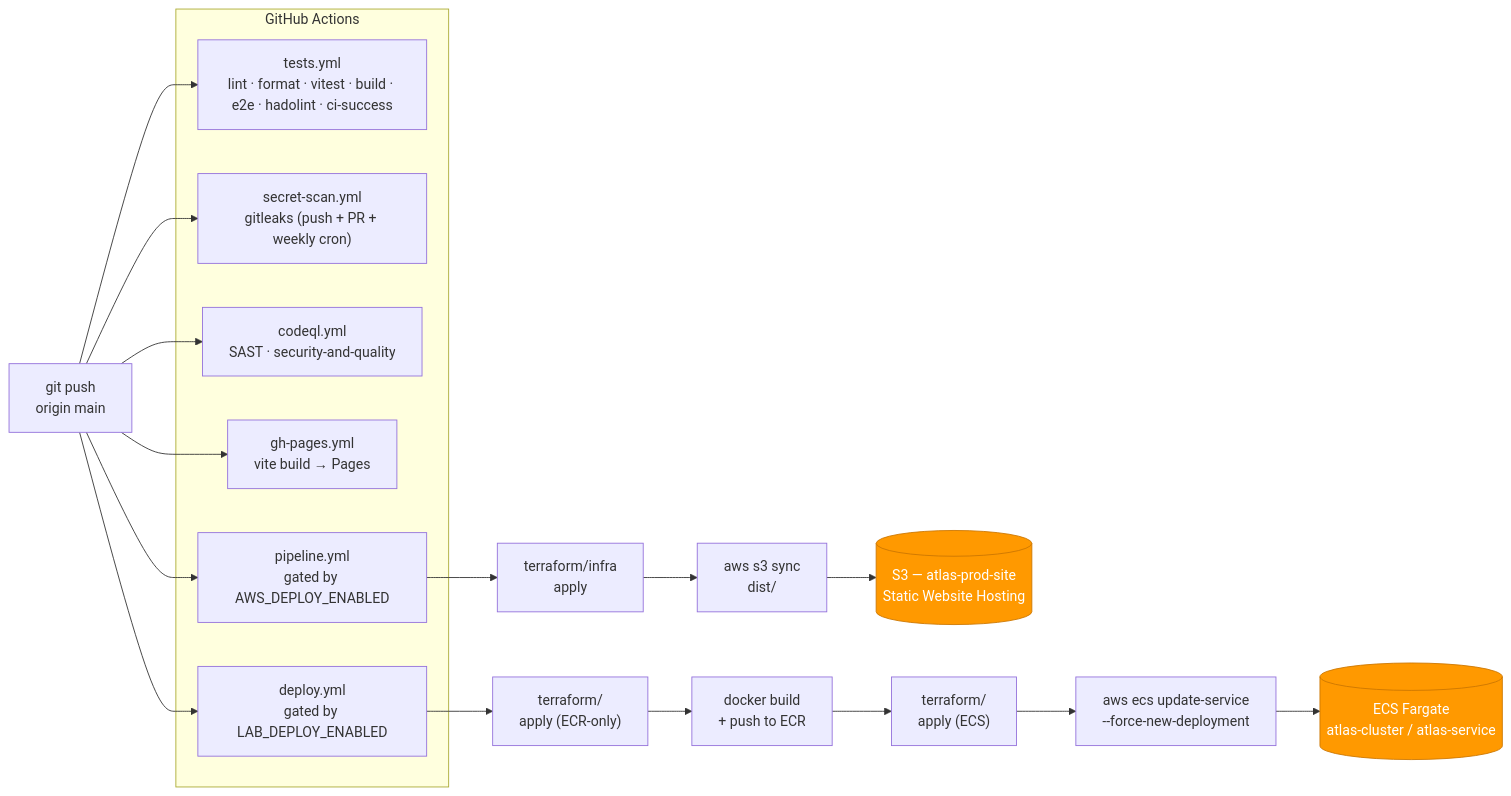
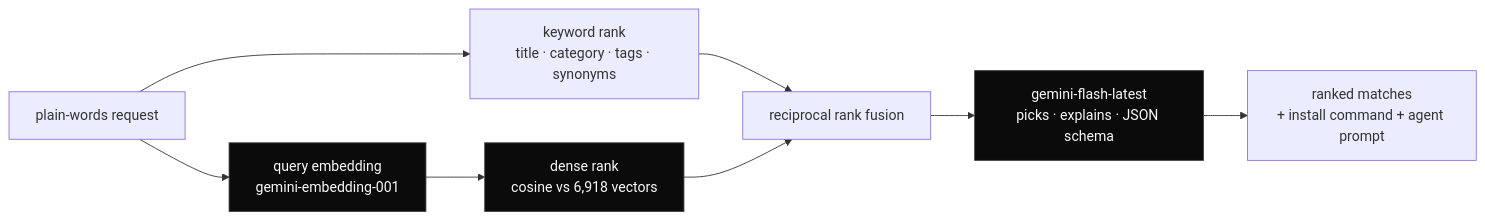
The diagram in README.md (Adi-gitX/colour-fun), drawn with Mermaid before and after one commit. The commit also changed other lines of this file and 27 other files, not shown here.

````diff
--- a/README.md
+++ b/README.md
@@ -102,31 +37,13 @@
 ```mermaid
 flowchart LR
-    push["git push<br/>origin main"] --> tests
-    push --> secret
-    push --> codeql
-    push --> ghpages
-    push --> pipe
-    push --> dep
+    q["plain-words request"] --> kw["keyword rank<br/>title · category · tags · synonyms"]
+    q --> emb["query embedding<br/>gemini-embedding-001"]
+    emb --> dense["dense rank<br/>cosine vs 6,918 vectors"]
+    kw --> rrf["reciprocal rank fusion"]
+    dense --> rrf
+    rrf --> rank["gemini-flash-latest<br/>picks · explains · JSON schema"]
+    rank --> out["ranked matches<br/>+ install command + agent prompt"]
 
-    subgraph CI["GitHub Actions"]
-        tests["tests.yml<br/>lint · format · vitest · build · e2e · hadolint · ci-success"]
-        secret["secret-scan.yml<br/>gitleaks (push + PR + weekly cron)"]
-        codeql["codeql.yml<br/>SAST · security-and-quality"]
-        ghpages["gh-pages.yml<br/>vite build → Pages"]
-        pipe["pipeline.yml<br/>gated by AWS_DEPLOY_ENABLED"]
-        dep["deploy.yml<br/>gated by LAB_DEPLOY_ENABLED"]
-    end
-
-    pipe --> tfA["terraform/infra<br/>apply"]
-    tfA --> s3sync["aws s3 sync<br/>dist/"]
-    s3sync --> s3[("S3 — atlas-prod-site<br/>Static Website Hosting")]
-
-    dep --> tfB["terraform/<br/>apply (ECR-only)"]
-    tfB --> docker["docker build<br/>+ push to ECR"]
-    docker --> tfBfull["terraform/<br/>apply (ECS)"]
-    tfBfull --> ecsroll["aws ecs update-service<br/>--force-new-deployment"]
-    ecsroll --> ecs[("ECS Fargate<br/>atlas-cluster / atlas-service")]
-
-    classDef awsbox fill:#FF9900,stroke:#CC7700,color:#fff
-    class s3,ecs awsbox
+    classDef model fill:#0b0b0c,stroke:#3f3f46,color:#fafafa
+    class emb,dense,rank model
 ```
````
